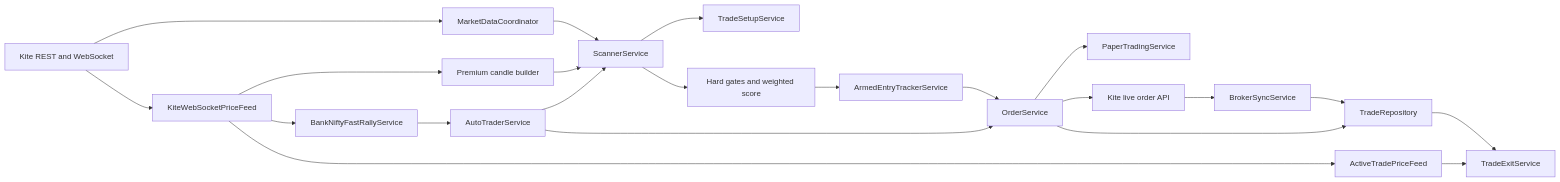
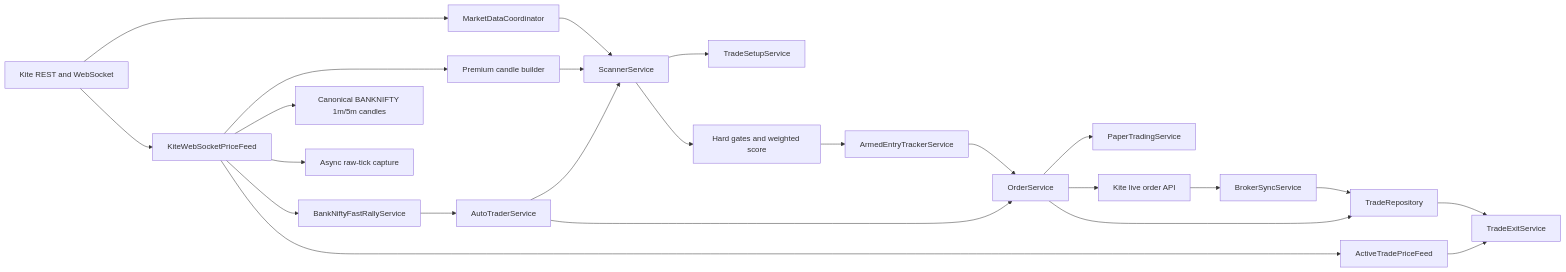
The diagram in docs/ARCHITECTURE.md (coder6955/tradingBot), drawn with Mermaid before and after one commit. The commit also changed other lines of this file and 59 other files, not shown here.

````diff
--- a/docs/ARCHITECTURE.md
+++ b/docs/ARCHITECTURE.md
@@ -28,24 +28,26 @@
 ```mermaid
 flowchart LR
     Kite["Kite REST and WebSocket"] --> Coordinator["MarketDataCoordinator"]
     Kite --> WS["KiteWebSocketPriceFeed"]
     WS --> Candles["Premium candle builder"]
+    WS --> Underlying["Canonical BANKNIFTY 1m/5m candles"]
+    WS --> Raw["Async raw-tick capture"]
     WS --> Rally["BankNiftyFastRallyService"]
     Rally --> Auto["AutoTraderService"]
     Auto --> Scanner["ScannerService"]
     Coordinator --> Scanner
     Candles --> Scanner
     Scanner --> Setup["TradeSetupService"]
     Scanner --> Decision["Hard gates and weighted score"]
     Decision --> Armed["ArmedEntryTrackerService"]
     Armed --> Orders["OrderService"]
     Auto --> Orders
     Orders --> Paper["PaperTradingService"]
     Orders --> Broker["Kite live order API"]
     Orders --> Trades["TradeRepository"]
     Trades --> Exit["TradeExitService"]
     WS --> Active["ActiveTradePriceFeed"]
     Active --> Exit
     Broker --> Sync["BrokerSyncService"]
     Sync --> Trades
 ```
````
